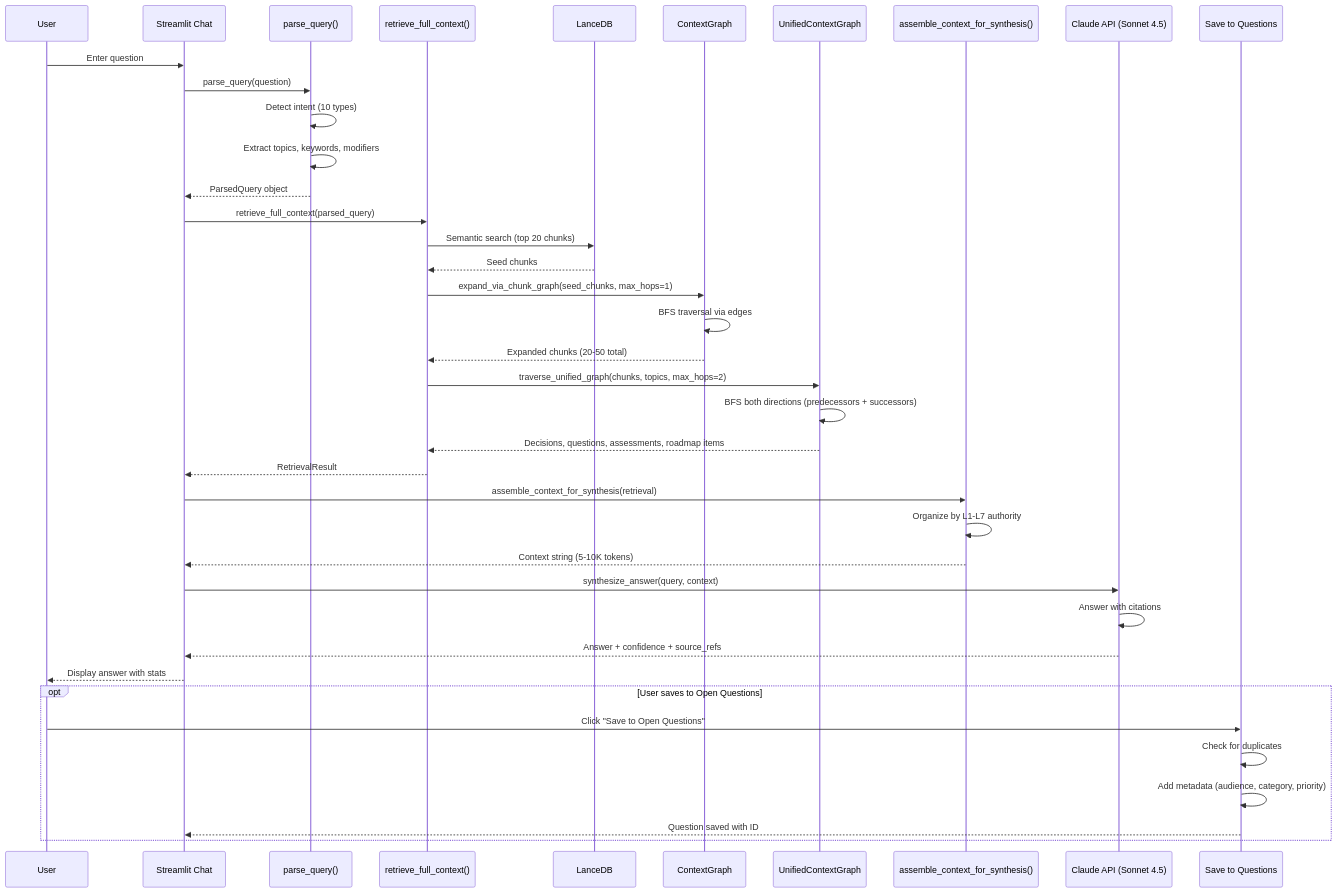
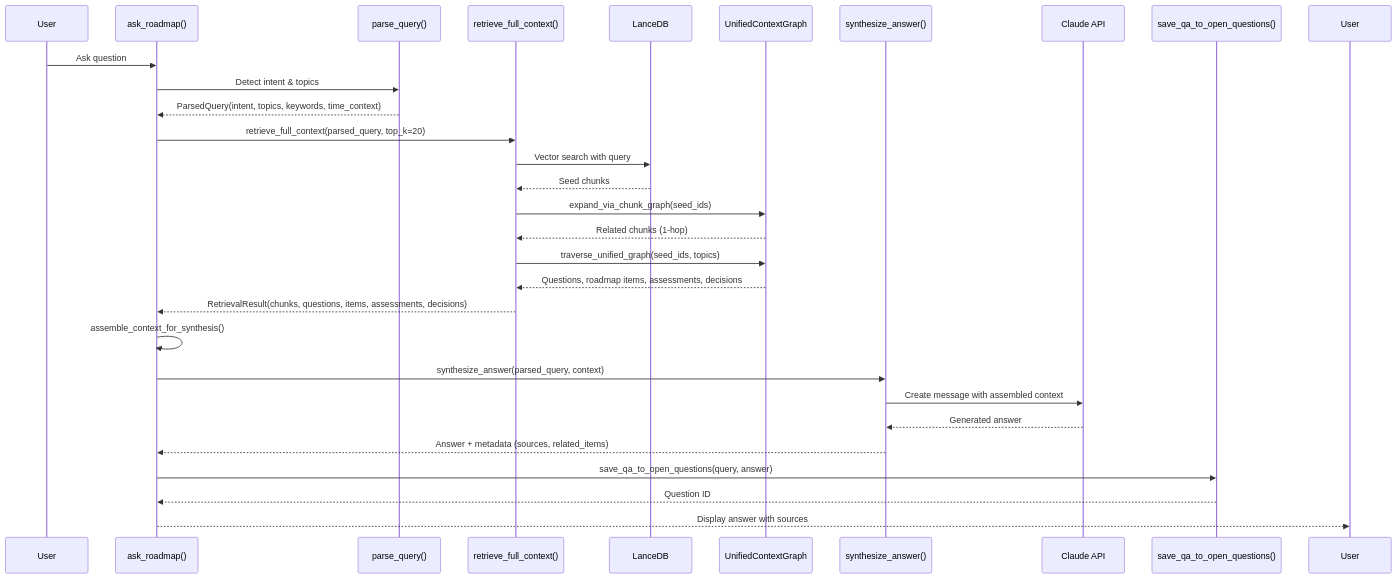
Diagram 11 of 11 in ARCHITECTURE_REVIEW.md (HumanFirstAi/roadmap-synth), drawn with Mermaid before and after one commit. The commit also changed other lines of this file and 11 other files, not shown here.

First line of the commit message:
Add expanded test suite and update architecture documentation

````diff
--- a/ARCHITECTURE_REVIEW.md
+++ b/ARCHITECTURE_REVIEW.md
@@ -1000,47 +811,42 @@
 ```mermaid
 sequenceDiagram
     participant U as User
-    participant UI as Streamlit Chat
+    participant QA as ask_roadmap()
     participant Parse as parse_query()
     participant Ret as retrieve_full_context()
-    participant Lance as LanceDB
-    participant CG as ContextGraph
-    participant UG as UnifiedContextGraph
-    participant Assemble as assemble_context_for_synthesis()
-    participant Claude as Claude API (Sonnet 4.5)
-    participant Save as Save to Questions
+    participant L as LanceDB
+    participant G as UnifiedContextGraph
+    participant Synth as synthesize_answer()
+    participant C as Claude API
+    participant Save as save_qa_to_open_questions()
 
-    U->>UI: Enter question
-    UI->>Parse: parse_query(question)
-    Parse->>Parse: Detect intent (10 types)
-    Parse->>Parse: Extract topics, keywords, modifiers
-    Parse-->>UI: ParsedQuery object
+    U->>QA: Ask question
+    QA->>Parse: Detect intent & topics
+    Parse-->>QA: ParsedQuery(intent, topics, keywords, time_context)
 
-    UI->>Ret: retrieve_full_context(parsed_query)
-    Ret->>Lance: Semantic search (top 20 chunks)
-    Lance-->>Ret: Seed chunks
-    Ret->>CG: expand_via_chunk_graph(seed_chunks, max_hops=1)
-    CG->>CG: BFS traversal via edges
-    CG-->>Ret: Expanded chunks (20-50 total)
-    Ret->>UG: traverse_unified_graph(chunks, topics, max_hops=2)
-    UG->>UG: BFS both directions (predecessors + successors)
-    UG-->>Ret: Decisions, questions, assessments, roadmap items
-    Ret-->>UI: RetrievalResult
+    QA->>Ret: retrieve_full_context(parsed_query, top_k=20)
 
-    UI->>Assemble: assemble_context_for_synthesis(retrieval)
-    Assemble->>Assemble: Organize by L1-L7 authority
-    Assemble-->>UI: Context string (5-10K tokens)
+    Ret->>L: Vector search with query
+    L-->>Ret: Seed chunks
 
-    UI->>Claude: synthesize_answer(query, context)
-    Claude->>Claude: Answer with citations
-    Claude-->>UI: Answer + confidence + source_refs
+    Ret->>G: expand_via_chunk_graph(seed_ids)
+    G-->>Ret: Related chunks (1-hop)
 
-    UI-->>U: Display answer with stats
+    Ret->>G: traverse_unified_graph(seed_ids, topics)
+    G-->>Ret: Questions, roadmap items, assessments, decisions
 
-    opt User saves to Open Questions
-        U->>Save: Click "Save to Open Questions"
-        Save->>Save: Check for duplicates
-        Save->>Save: Add metadata (audience, category, priority)
-        Save-->>UI: Question saved with ID
-    end
+    Ret-->>QA: RetrievalResult(chunks, questions, items, assessments, decisions)
+
+    QA->>QA: assemble_context_for_synthesis()
+    QA->>Synth: synthesize_answer(parsed_query, context)
+
+    Synth->>C: Create message with assembled context
+    C-->>Synth: Generated answer
+
+    Synth-->>QA: Answer + metadata (sources, related_items)
+
+    QA->>Save: save_qa_to_open_questions(query, answer)
+    Save-->>QA: Question ID
+
+    QA-->>User: Display answer with sources
 ```
````
